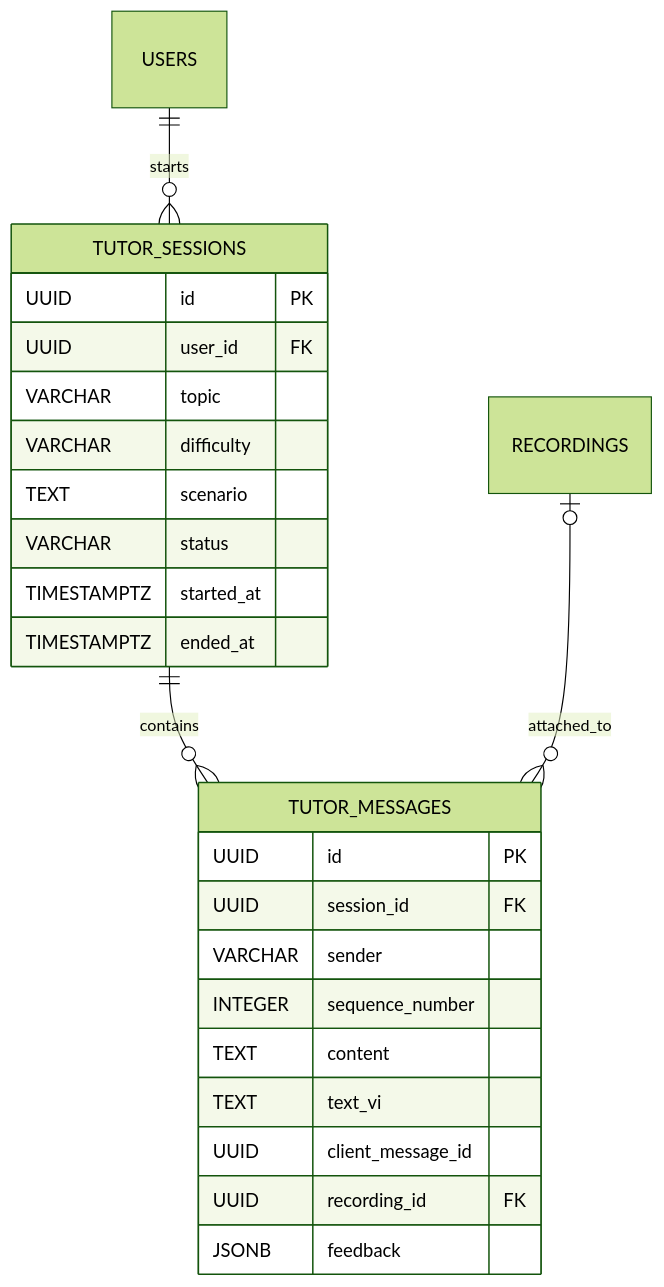
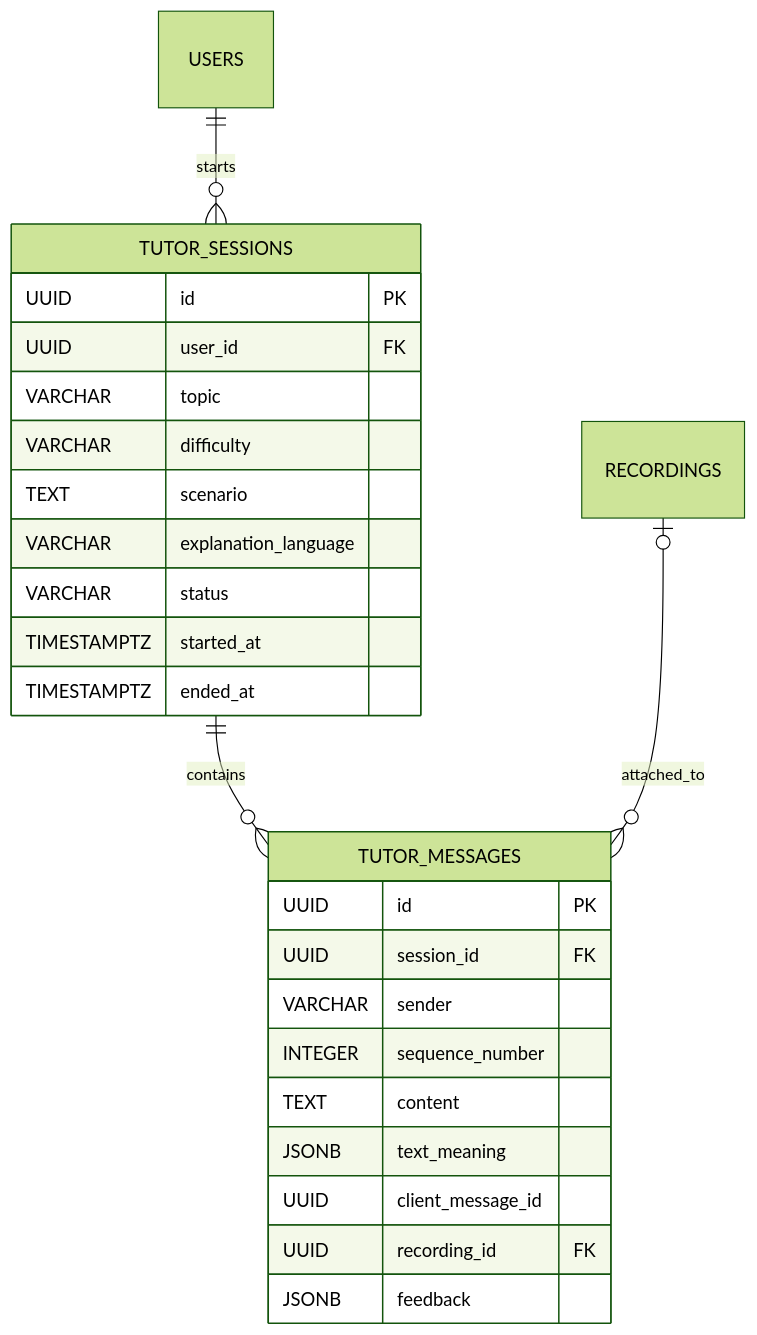
Before and after one commit to mrthinh307/kaiwa-up: the fifth of 6 diagrams in docs/05-database.md, drawn with Mermaid (forest theme). The commit also changed other lines of this file and 6 other files, not shown here.

````diff
--- a/docs/05-database.md
+++ b/docs/05-database.md
@@ -183,27 +183,28 @@
 ```mermaid
 erDiagram
     USERS ||--o{ TUTOR_SESSIONS : starts
     TUTOR_SESSIONS ||--o{ TUTOR_MESSAGES : contains
     RECORDINGS o|--o{ TUTOR_MESSAGES : attached_to
     TUTOR_SESSIONS {
         UUID id PK
         UUID user_id FK
         VARCHAR topic
         VARCHAR difficulty
         TEXT scenario
+        VARCHAR explanation_language
         VARCHAR status
         TIMESTAMPTZ started_at
         TIMESTAMPTZ ended_at
     }
     TUTOR_MESSAGES {
         UUID id PK
         UUID session_id FK
         VARCHAR sender
         INTEGER sequence_number
         TEXT content
-        TEXT text_vi
+        JSONB text_meaning
         UUID client_message_id
         UUID recording_id FK
         JSONB feedback
     }
 ```
````
